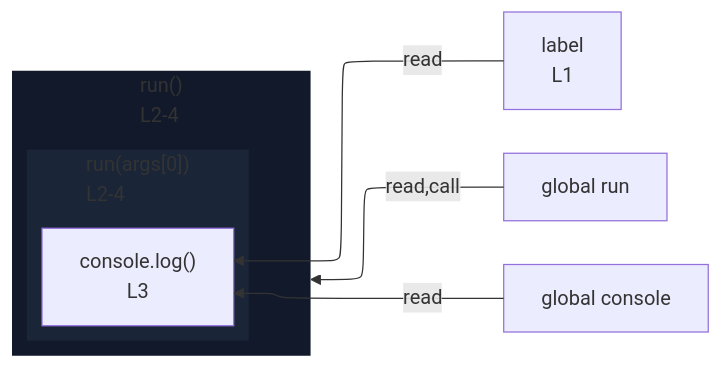
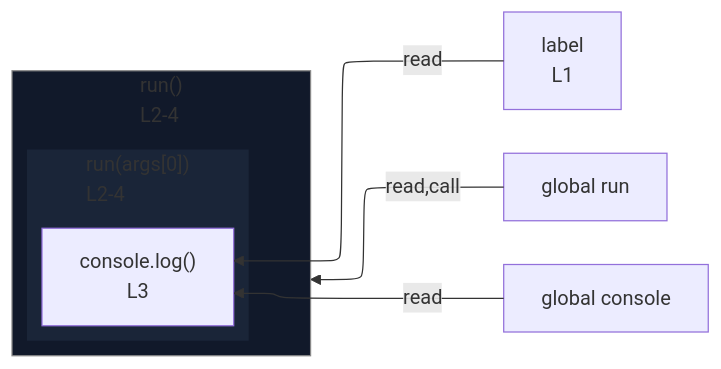
The diagram in integration/fixtures/expression-statement/call-with-callback/preview.md (crescware/unsnarl), drawn with Mermaid before and after one commit. The commit also changed 28 other files, not shown here.

````diff
--- a/integration/fixtures/expression-statement/call-with-callback/preview.md
+++ b/integration/fixtures/expression-statement/call-with-callback/preview.md
@@ -14,21 +14,23 @@
 ```mermaid
 %%{init: {"flowchart": {"defaultRenderer": "elk"}}}%%
 flowchart RL
   n_scope_0_label_6["label<br/>L1"]
   n_scope_0_run_23["global run"]
   n_scope_0_console_37["global console"]
   subgraph expr_stmt_23["run()<br/>L2-4"]
     direction RL
     subgraph s_scope_1["run(args[0])<br/>L2-4"]
       direction RL
       expr_stmt_37["console.log()<br/>L3"]
     end
   end
   n_scope_0_run_23 -->|read,call| expr_stmt_23
   n_scope_0_console_37 -->|read| expr_stmt_37
   n_scope_0_label_6 -->|read| expr_stmt_37
   classDef nestL1 fill:#11192a,stroke:transparent;
   class expr_stmt_23 nestL1;
   classDef nestL2 fill:#1a2538,stroke:transparent;
   class s_scope_1 nestL2;
+  classDef edgeTargetSubgraph stroke:#888;
+  class expr_stmt_23 edgeTargetSubgraph;
 ```
````
